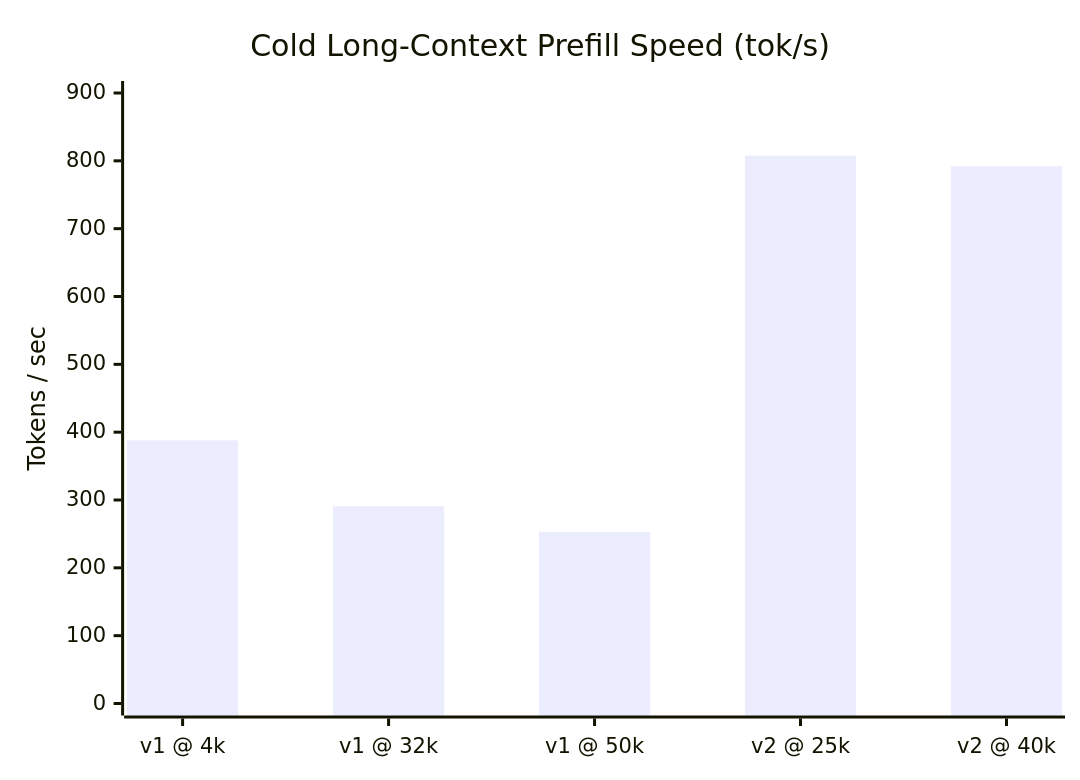
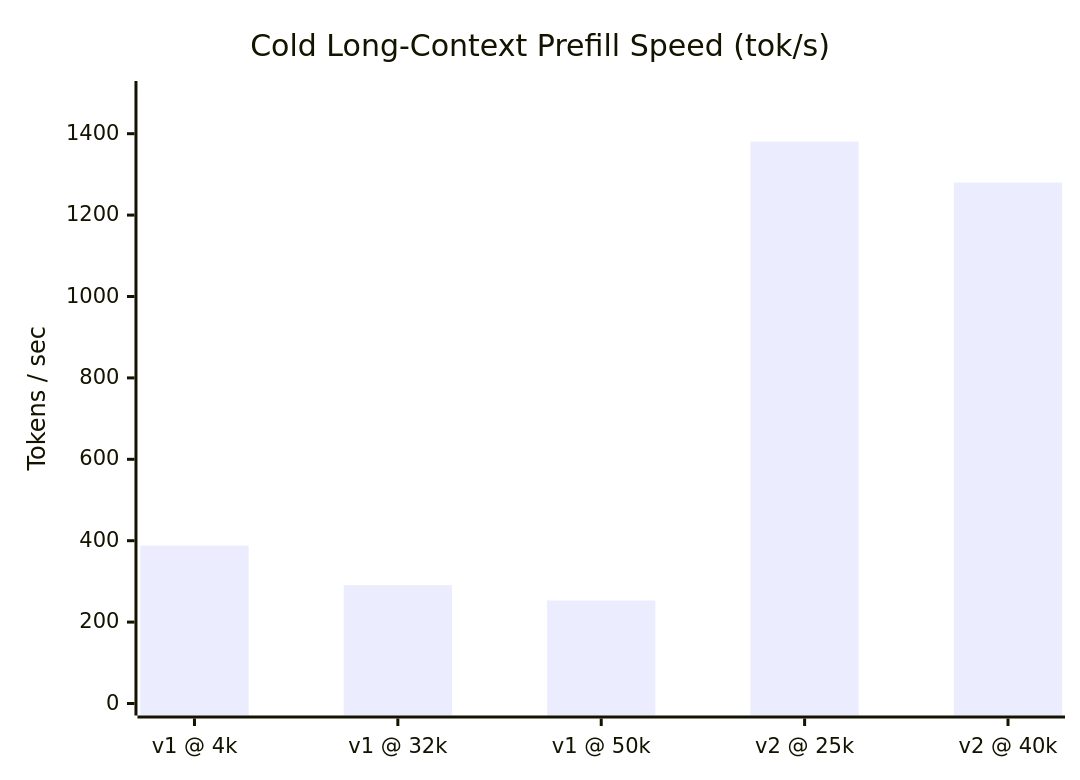
The fourth of 4 diagrams in README.md (harsha-gouru/inkling-vulkan), drawn with Mermaid before and after one commit. The commit also changed other lines of this file and 6 other files, not shown here.

````diff
--- a/README.md
+++ b/README.md
@@ -72,7 +72,7 @@
 ```mermaid
 xychart-beta
     title "Cold Long-Context Prefill Speed (tok/s)"
     x-axis ["v1 @ 4k", "v1 @ 32k", "v1 @ 50k", "v2 @ 25k", "v2 @ 40k"]
-    y-axis "Tokens / sec" 0 --> 900
-    bar [388, 291, 253, 807.7, 792]
+    y-axis "Tokens / sec" 0 --> 1500
+    bar [388, 291, 253, 1380.8, 1280]
 ```
````
